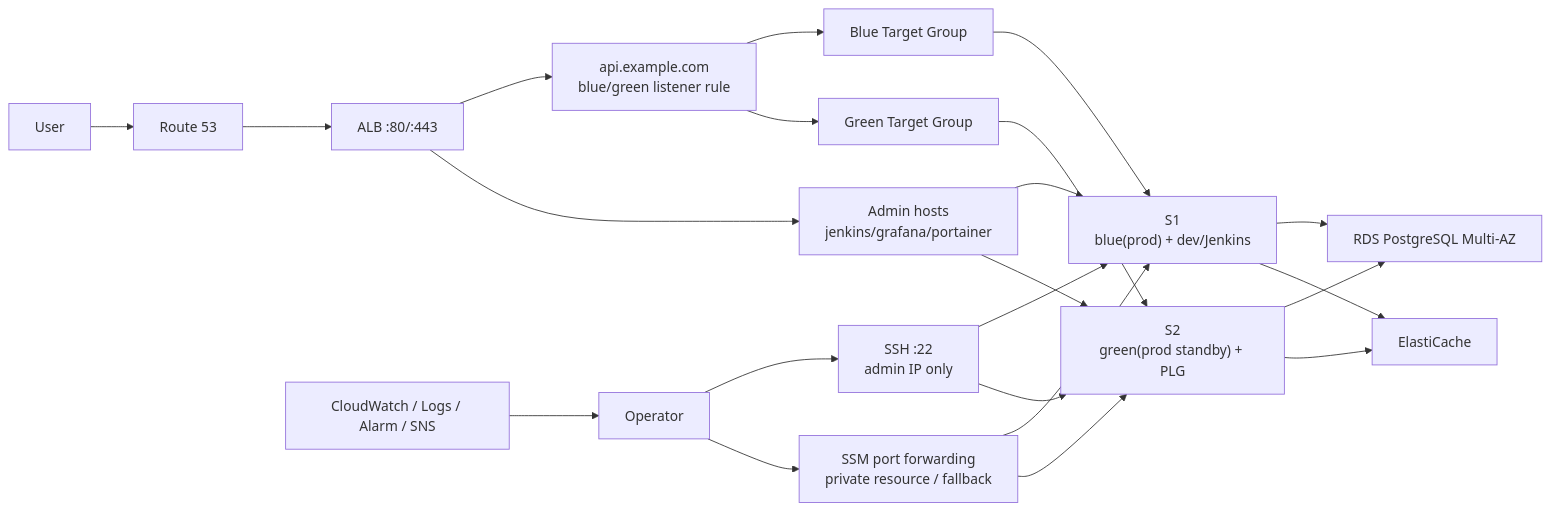
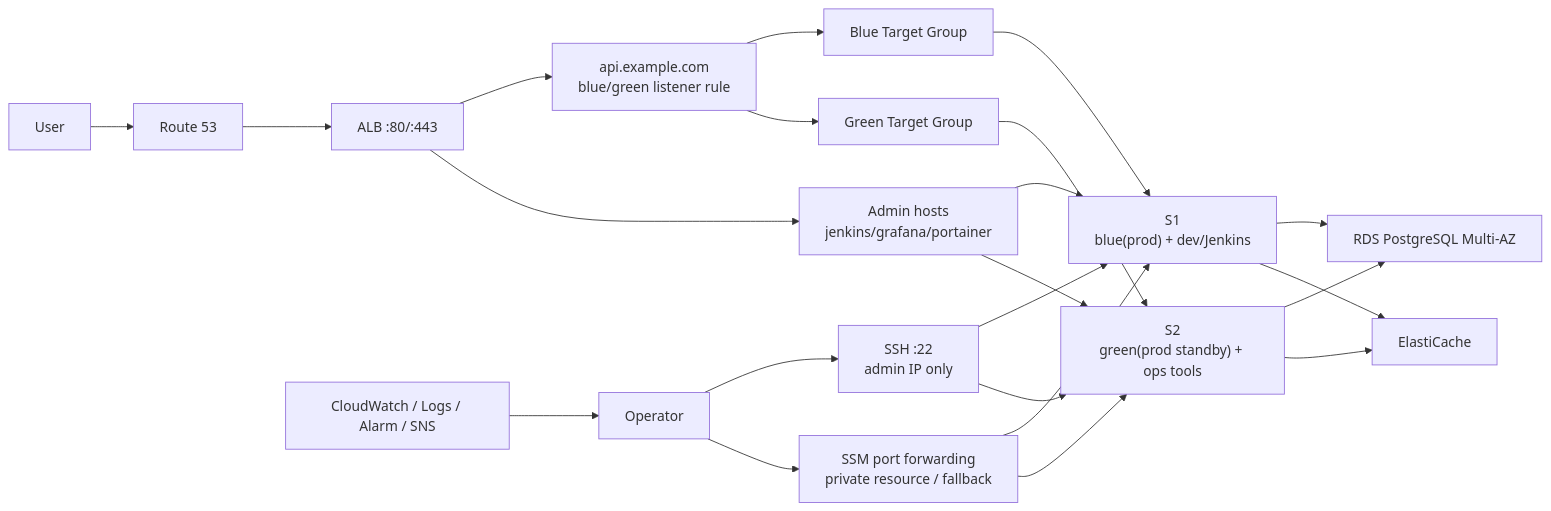
Before and after one commit to busaneumgil/busaneumgil: the first of 2 diagrams in Docs/인프라/2026-04-20_AWS_인프라_설계안.md, drawn with Mermaid. The commit also changed other lines of this file and 5 other files, not shown here.

````diff
--- a/Docs/인프라/2026-04-20_AWS_인프라_설계안.md
+++ b/Docs/인프라/2026-04-20_AWS_인프라_설계안.md
@@ -36,33 +36,33 @@
 ```mermaid
 flowchart LR
     U["User"] --> DNS["Route 53"]
     DNS --> ALB["ALB :80/:443"]
 
     ALB --> API["api.example.com<br/>blue/green listener rule"]
     ALB --> ADMIN["Admin hosts<br/>jenkins/grafana/portainer"]
 
     API --> BTG["Blue Target Group"]
     API --> GTG["Green Target Group"]
 
     BTG --> S1["S1<br/>blue(prod) + dev/Jenkins"]
-    GTG --> S2["S2<br/>green(prod standby) + PLG"]
+    GTG --> S2["S2<br/>green(prod standby) + ops tools"]
 
     ADMIN --> S1
     ADMIN --> S2
 
     S1 --> RDS["RDS PostgreSQL Multi-AZ"]
     S2 --> RDS
 
     S1 --> EC["ElastiCache"]
     S2 --> EC
 
     OPS["Operator"] --> SSH["SSH :22<br/>admin IP only"]
     SSH --> S1
     SSH --> S2
 
     OPS --> SSM["SSM port forwarding<br/>private resource / fallback"]
     SSM --> S1
     SSM --> S2
 
     CW["CloudWatch / Logs / Alarm / SNS"] --> OPS
 ```
````
